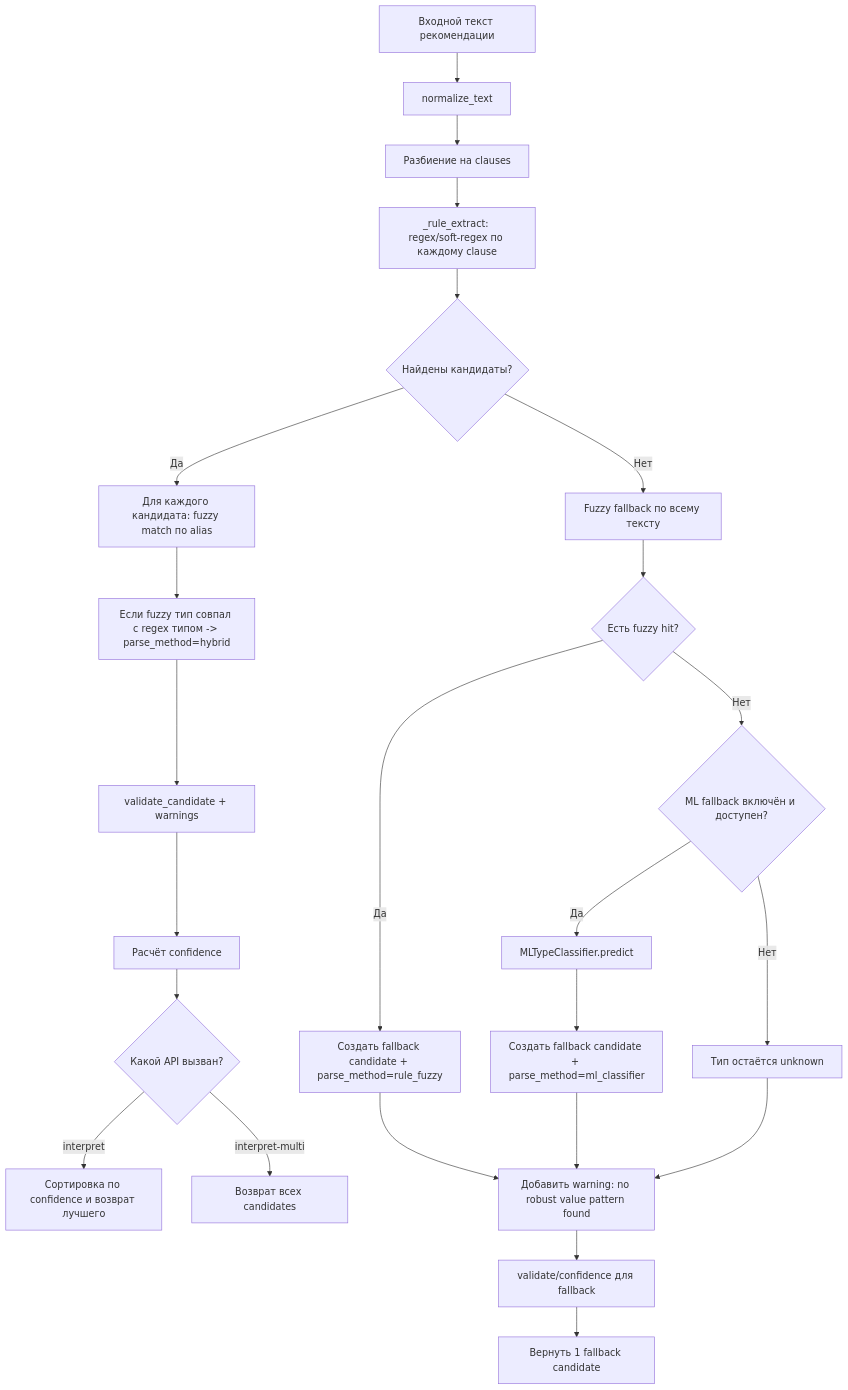
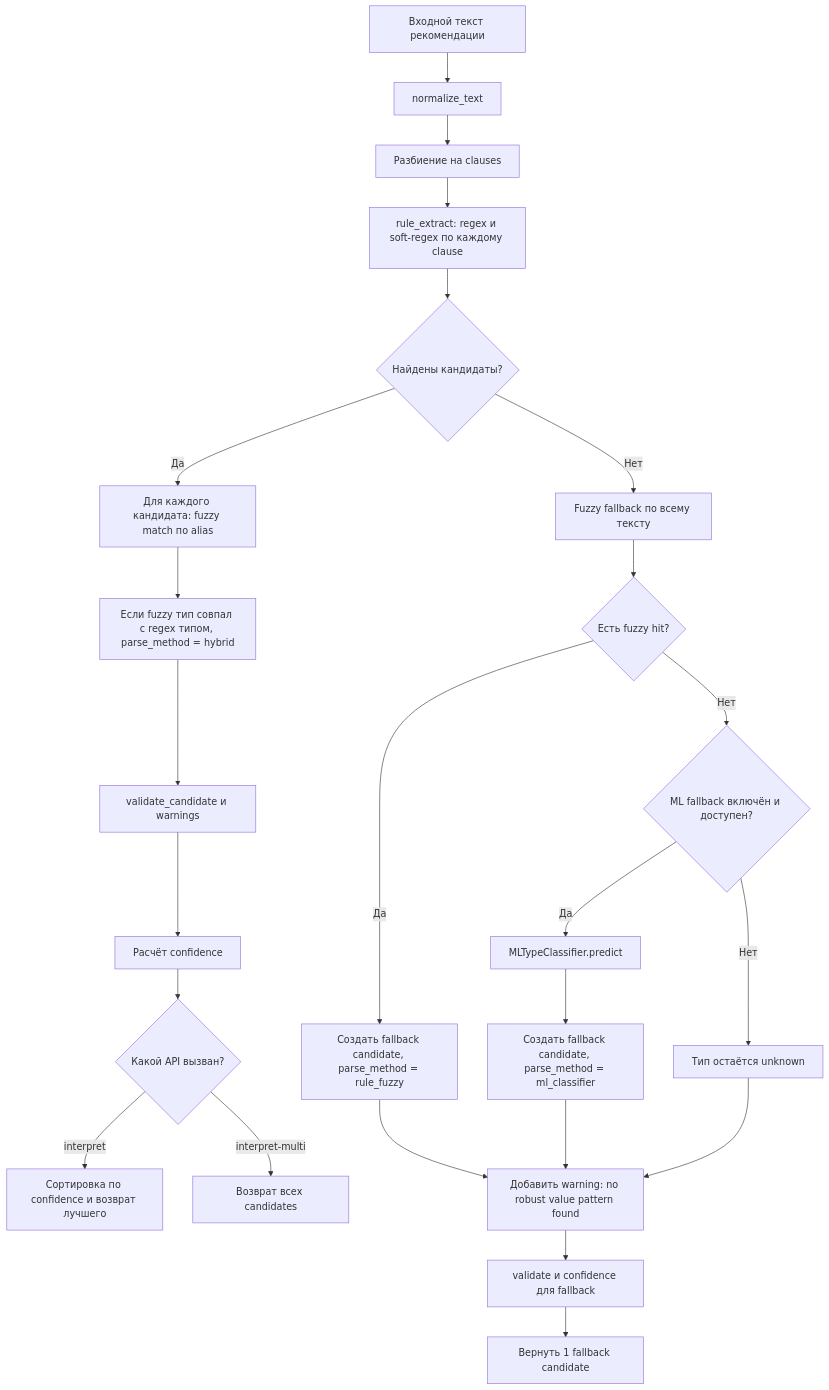
The diagram in app/recommendation_extraction/ALGORITHM_SCHEME.md (Dr-U-boop/backend-split), drawn with Mermaid before and after one commit.

Commit message:
Scheme update

````diff
--- a/app/recommendation_extraction/ALGORITHM_SCHEME.md
+++ b/app/recommendation_extraction/ALGORITHM_SCHEME.md
@@ -16,28 +16,28 @@
 ```mermaid
 flowchart TD
-    A[Входной текст рекомендации] --> B[normalize_text]
-    B --> C[Разбиение на clauses]
-    C --> D[_rule_extract: regex/soft-regex по каждому clause]
-    D --> E{Найдены кандидаты?}
+    A["Входной текст рекомендации"] --> B["normalize_text"]
+    B --> C["Разбиение на clauses"]
+    C --> D["rule_extract: regex и soft-regex по каждому clause"]
+    D --> E{"Найдены кандидаты?"}
 
-    E -- Да --> F[Для каждого кандидата: fuzzy match по alias]
-    F --> G[Если fuzzy тип совпал с regex типом -> parse_method=hybrid]
-    G --> H[validate_candidate + warnings]
-    H --> I[Расчёт confidence]
-    I --> J{Какой API вызван?}
-    J -- interpret --> K[Сортировка по confidence и возврат лучшего]
-    J -- interpret-multi --> L[Возврат всех candidates]
+    E -- "Да" --> F["Для каждого кандидата: fuzzy match по alias"]
+    F --> G["Если fuzzy тип совпал с regex типом, parse_method = hybrid"]
+    G --> H["validate_candidate и warnings"]
+    H --> I["Расчёт confidence"]
+    I --> J{"Какой API вызван?"}
+    J -- "interpret" --> K["Сортировка по confidence и возврат лучшего"]
+    J -- "interpret-multi" --> L["Возврат всех candidates"]
 
-    E -- Нет --> M[Fuzzy fallback по всему тексту]
-    M --> N{Есть fuzzy hit?}
-    N -- Да --> O[Создать fallback candidate + parse_method=rule_fuzzy]
-    N -- Нет --> P{ML fallback включён и доступен?}
-    P -- Да --> Q[MLTypeClassifier.predict]
-    P -- Нет --> R[Тип остаётся unknown]
-    Q --> S[Создать fallback candidate + parse_method=ml_classifier]
-    R --> T[Добавить warning: no robust value pattern found]
+    E -- "Нет" --> M["Fuzzy fallback по всему тексту"]
+    M --> N{"Есть fuzzy hit?"}
+    N -- "Да" --> O["Создать fallback candidate, parse_method = rule_fuzzy"]
+    N -- "Нет" --> P{"ML fallback включён и доступен?"}
+    P -- "Да" --> Q["MLTypeClassifier.predict"]
+    P -- "Нет" --> R["Тип остаётся unknown"]
+    Q --> S["Создать fallback candidate, parse_method = ml_classifier"]
+    R --> T["Добавить warning: no robust value pattern found"]
     O --> T
     S --> T
-    T --> U[validate/confidence для fallback]
-    U --> V[Вернуть 1 fallback candidate]
+    T --> U["validate и confidence для fallback"]
+    U --> V["Вернуть 1 fallback candidate"]
 ```
````
